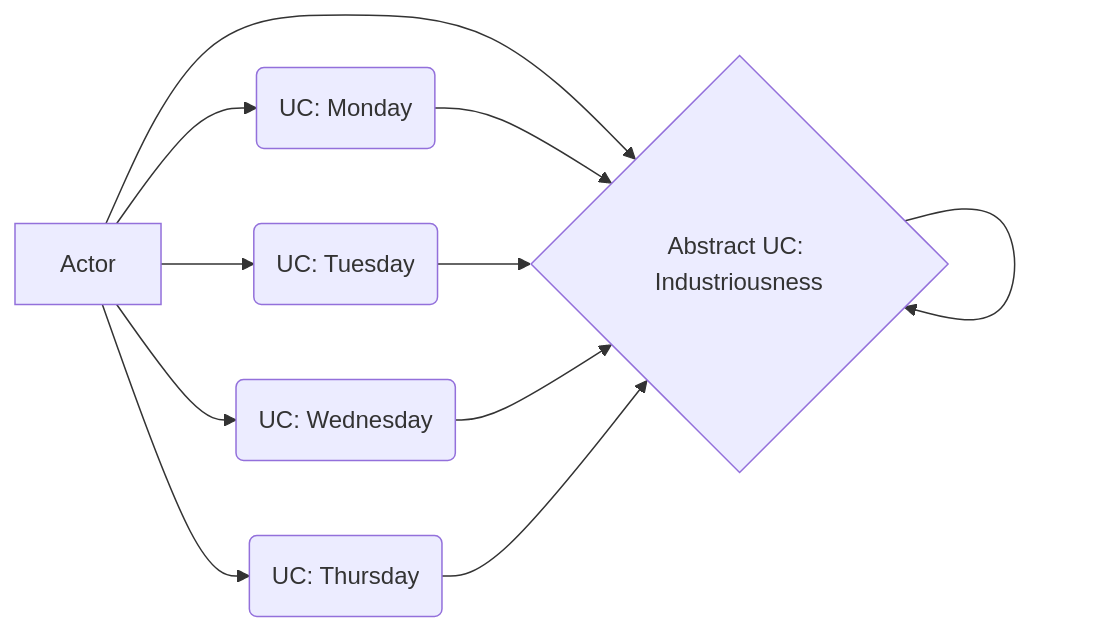
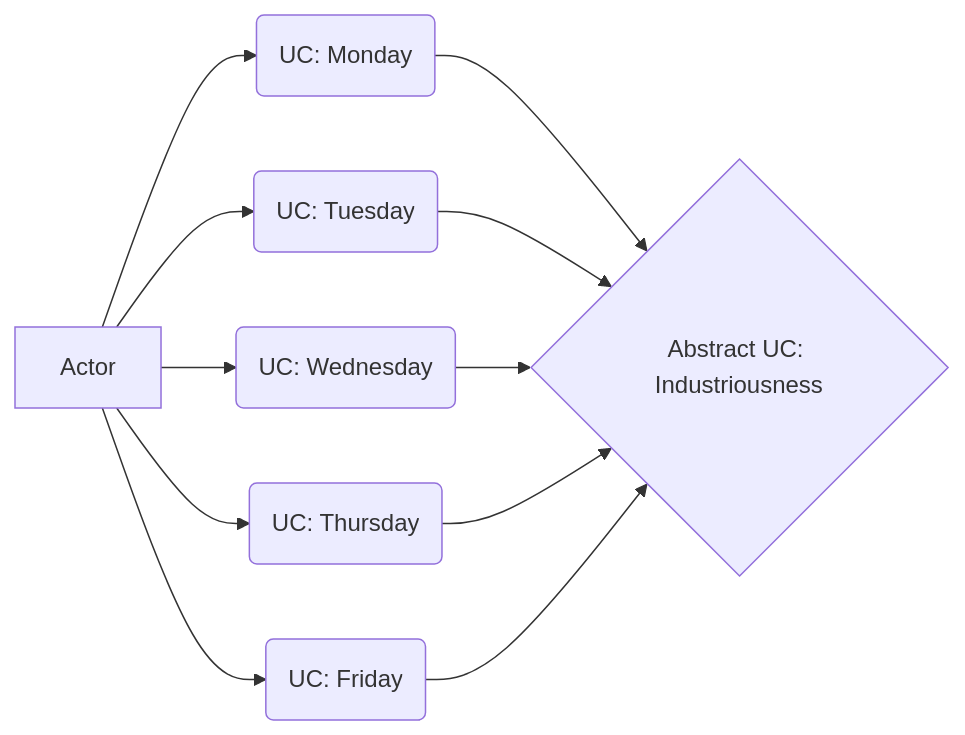
One commit to vanHeemstraSystems/industriousness changed the first of 2 diagrams in 300/README.md. Above: the diagram before and after it, drawn with Mermaid.

````diff
--- a/300/README.md
+++ b/300/README.md
@@ -5,13 +5,13 @@
 ```mermaid
 flowchart LR
   A[Actor] --> B(UC: Monday)
   A[Actor] --> C(UC: Tuesday)
   A[Actor] --> D(UC: Wednesday)
   A[Actor] --> E(UC: Thursday)
   A[Actor] --> F(UC: Friday)
-  B --> F{Abstract UC: Industriousness}
-  C --> F{Abstract UC: Industriousness}
-  D --> F{Abstract UC: Industriousness}
-  E --> F{Abstract UC: Industriousness}
-  F --> F{Abstract UC: Industriousness}
+  B --> G{Abstract UC: Industriousness}
+  C --> G{Abstract UC: Industriousness}
+  D --> G{Abstract UC: Industriousness}
+  E --> G{Abstract UC: Industriousness}
+  F --> G{Abstract UC: Industriousness}
 ```
````
